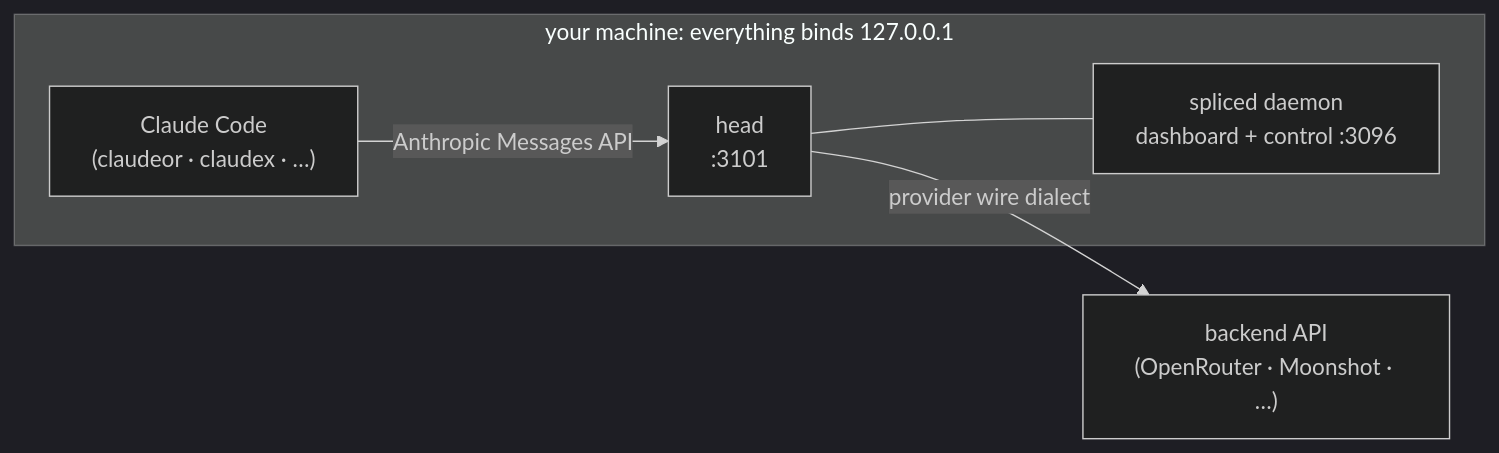
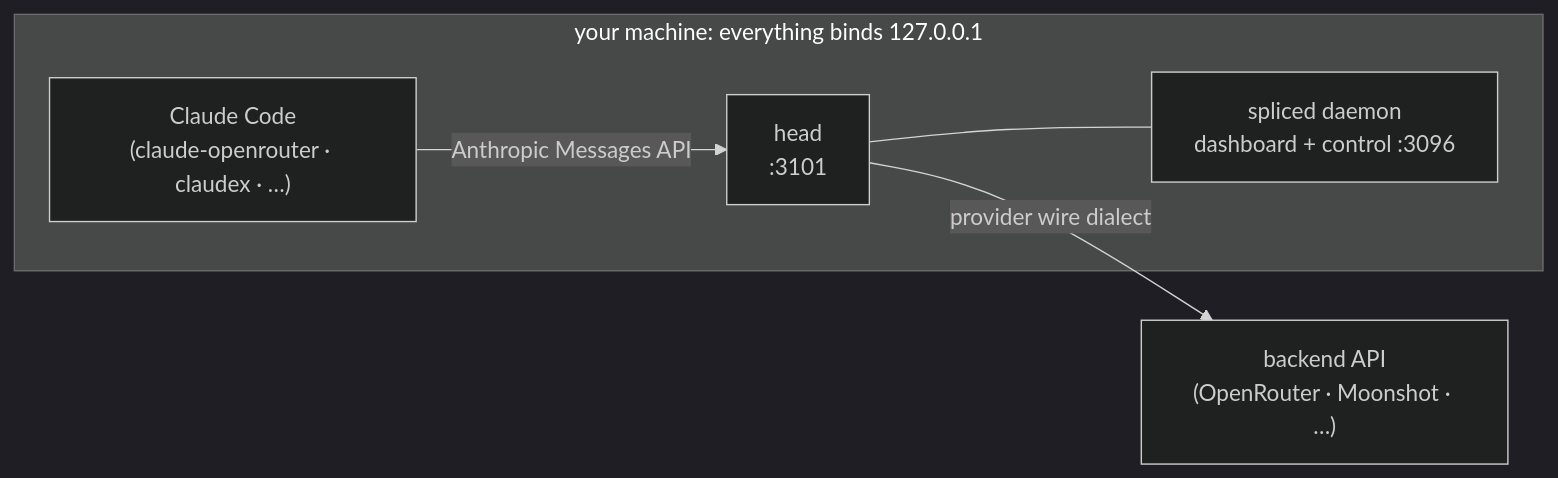
The diagram in README.md (torad-labs/splice), drawn with Mermaid (dark theme) before and after one commit. The commit also changed other lines of this file and 18 other files, not shown here.

First line of the commit message:
fix(login): /login promised a prompt that could never appear; rename claudeor -> claude-openrouter

````diff
--- a/README.md
+++ b/README.md
@@ -48,11 +48,11 @@
 ```mermaid
 flowchart LR
     subgraph machine["your machine: everything binds 127.0.0.1"]
-        CC["Claude Code<br/>(claudeor · claudex · …)"]
+        CC["Claude Code<br/>(claude-openrouter · claudex · …)"]
         HEAD["head<br/>:3101"]
         D["spliced daemon<br/>dashboard + control :3096"]
         CC -- "Anthropic Messages API" --> HEAD
         HEAD --- D
     end
     HEAD -- "provider wire dialect" --> API["backend API<br/>(OpenRouter · Moonshot · …)"]
 ```
````
